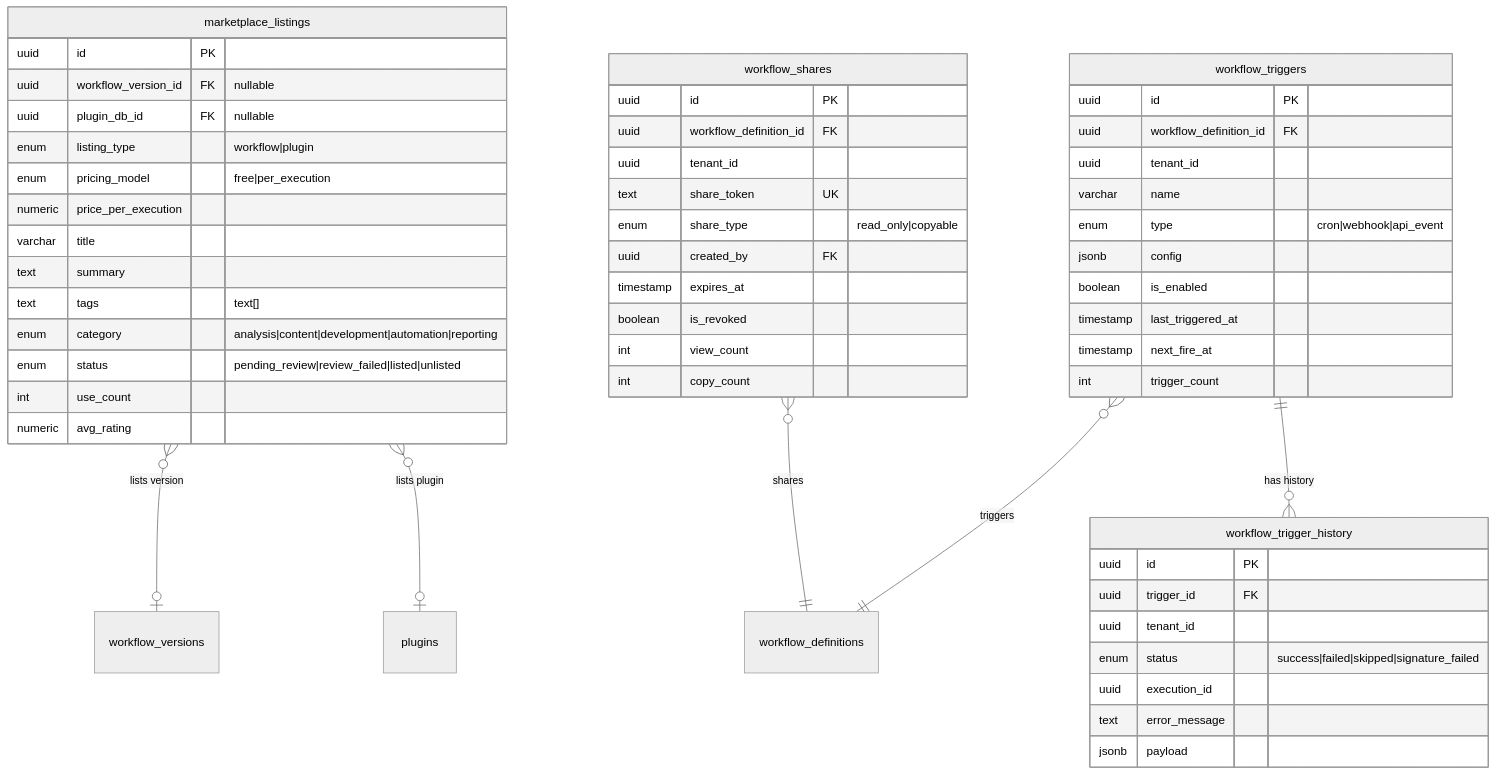
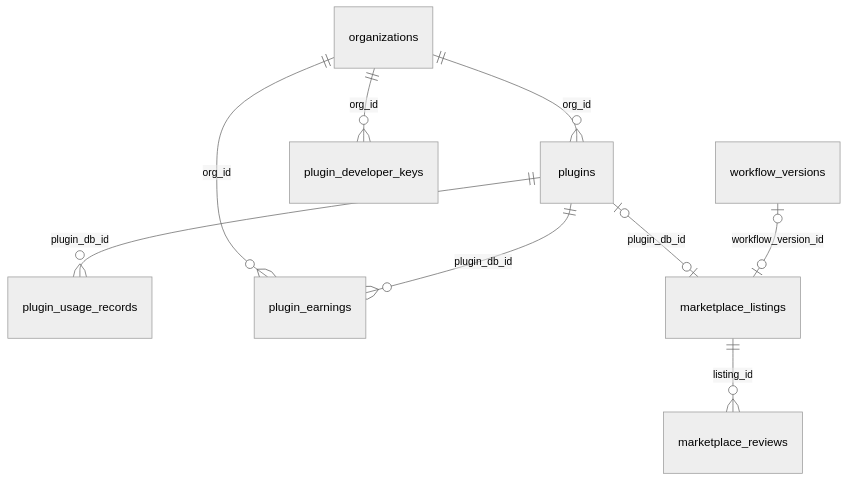
One commit to Lynricsy/AgentLoom changed the seventh of 8 diagrams in agentloom-docs/dev/server/database.md. Above: the diagram before and after it, drawn with Mermaid (neutral theme). The commit also changed other lines of this file and 10 other files, not shown here.

````diff
--- a/agentloom-docs/dev/server/database.md
+++ b/agentloom-docs/dev/server/database.md
@@ -376,60 +154,11 @@
 ```mermaid
 erDiagram
-    marketplace_listings {
-        uuid id PK
-        uuid workflow_version_id FK "nullable"
-        uuid plugin_db_id FK "nullable"
-        enum listing_type "workflow|plugin"
-        enum pricing_model "free|per_execution"
-        numeric price_per_execution
-        varchar title
-        text summary
-        text tags "text[]"
-        enum category "analysis|content|development|automation|reporting"
-        enum status "pending_review|review_failed|listed|unlisted"
-        int use_count
-        numeric avg_rating
-    }
-
-    workflow_shares {
-        uuid id PK
-        uuid workflow_definition_id FK
-        uuid tenant_id
-        text share_token UK
-        enum share_type "read_only|copyable"
-        uuid created_by FK
-        timestamp expires_at
-        boolean is_revoked
-        int view_count
-        int copy_count
-    }
-
-    workflow_triggers {
-        uuid id PK
-        uuid workflow_definition_id FK
-        uuid tenant_id
-        varchar name
-        enum type "cron|webhook|api_event"
-        jsonb config
-        boolean is_enabled
-        timestamp last_triggered_at
-        timestamp next_fire_at
-        int trigger_count
-    }
-
-    workflow_trigger_history {
-        uuid id PK
-        uuid trigger_id FK
-        uuid tenant_id
-        enum status "success|failed|skipped|signature_failed"
-        uuid execution_id
-        text error_message
-        jsonb payload
-    }
-
-    workflow_triggers ||--o{ workflow_trigger_history : "has history"
-    marketplace_listings }o--o| workflow_versions : "lists version"
-    marketplace_listings }o--o| plugins : "lists plugin"
-    workflow_shares }o--|| workflow_definitions : "shares"
-    workflow_triggers }o--|| workflow_definitions : "triggers"
+    organizations ||--o{ plugins : "org_id"
+    organizations ||--o{ plugin_developer_keys : "org_id"
+    plugins ||--o{ plugin_usage_records : "plugin_db_id"
+    plugins ||--o{ plugin_earnings : "plugin_db_id"
+    organizations ||--o{ plugin_earnings : "org_id"
+    workflow_versions |o--o| marketplace_listings : "workflow_version_id"
+    plugins |o--o| marketplace_listings : "plugin_db_id"
+    marketplace_listings ||--o{ marketplace_reviews : "listing_id"
 ```
````
